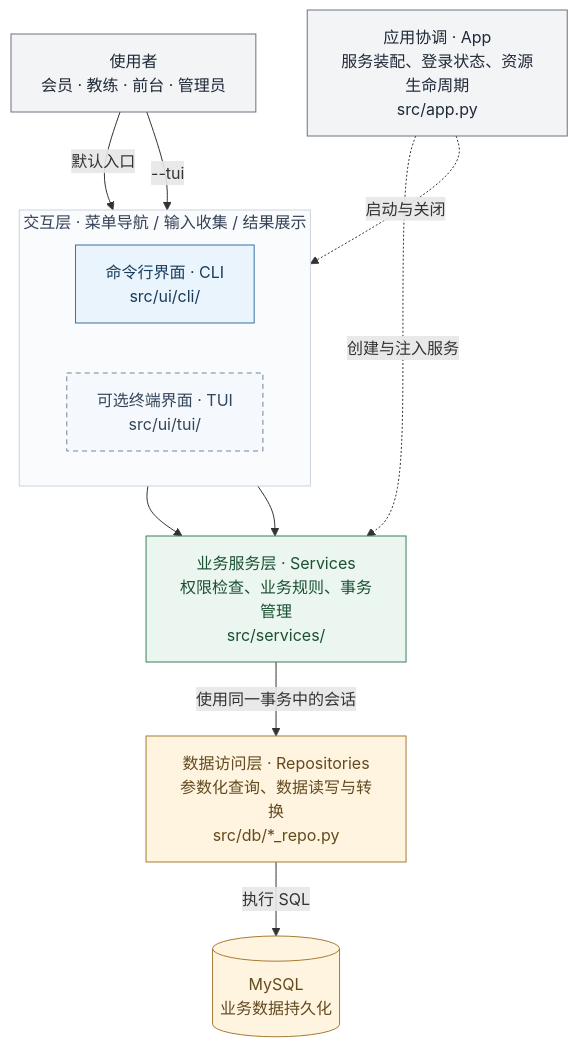
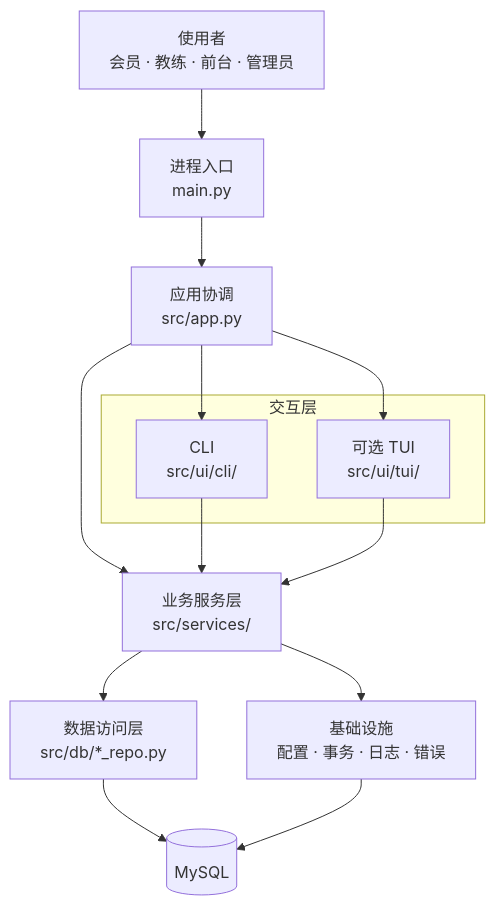
Before and after one commit to ZnLuAr/CS2-G3-SE: the diagram in docs/architecture.md, drawn with Mermaid. The commit also changed other lines of this file and 7 other files, not shown here.

Commit message:
fix(architecture): 修正课程与会员卡之间的逻辑，重构项目的架构契约

````diff
--- a/docs/architecture.md
+++ b/docs/architecture.md
@@ -88,37 +89,28 @@
 ```mermaid
 flowchart TB
     User["使用者<br/>会员 · 教练 · 前台 · 管理员"]
-    App["应用协调 · App<br/>服务装配、登录状态、资源生命周期<br/>src/app.py"]
+    Main["进程入口<br/>main.py"]
+    App["应用协调<br/>src/app.py"]
 
-    subgraph UI["交互层 · 菜单导航 / 输入收集 / 结果展示"]
-        direction LR
-        CLI["命令行界面 · CLI<br/>src/ui/cli/"]
-        TUI["可选终端界面 · TUI<br/>src/ui/tui/"]
+    subgraph UI["交互层"]
+        CLI["CLI<br/>src/ui/cli/"]
+        TUI["可选 TUI<br/>src/ui/tui/"]
     end
 
-    Services["业务服务层 · Services<br/>权限检查、业务规则、事务管理<br/>src/services/"]
-    Repos["数据访问层 · Repositories<br/>参数化查询、数据读写与转换<br/>src/db/*_repo.py"]
-    DB[("MySQL<br/>业务数据持久化")]
+    Services["业务服务层<br/>src/services/"]
+    Repositories["数据访问层<br/>src/db/*_repo.py"]
+    Infrastructure["基础设施<br/>配置 · 事务 · 日志 · 错误"]
+    Database[(MySQL)]
 
-    User -->|默认入口| CLI
-    User -->|--tui| TUI
-    App -.->|启动与关闭| UI
-    App -.->|创建与注入服务| Services
+    User --> Main
+    Main --> App
+    App --> CLI
+    App --> TUI
+    App --> Services
     CLI --> Services
     TUI --> Services
-    Services -->|使用同一事务中的会话| Repos
-    Repos -->|执行 SQL| DB
-
-    classDef neutral fill:#F3F4F6,stroke:#6B7280,color:#1F2937
-    classDef interface fill:#EAF4FC,stroke:#3973A5,color:#173C5C
-    classDef optional fill:#F5F8FC,stroke:#73859B,color:#34465A,stroke-dasharray:5 4
-    classDef service fill:#EAF6EF,stroke:#39805A,color:#1C5034
-    classDef storage fill:#FFF4DF,stroke:#A67C32,color:#634A1F
-
-    class User,App neutral
-    class CLI interface
-    class TUI optional
-    class Services service
-    class Repos,DB storage
-    style UI fill:#FAFBFC,stroke:#CBD5E1,color:#334155
+    Services --> Repositories
+    Services --> Infrastructure
+    Repositories --> Database
+    Infrastructure --> Database
 ```
````
